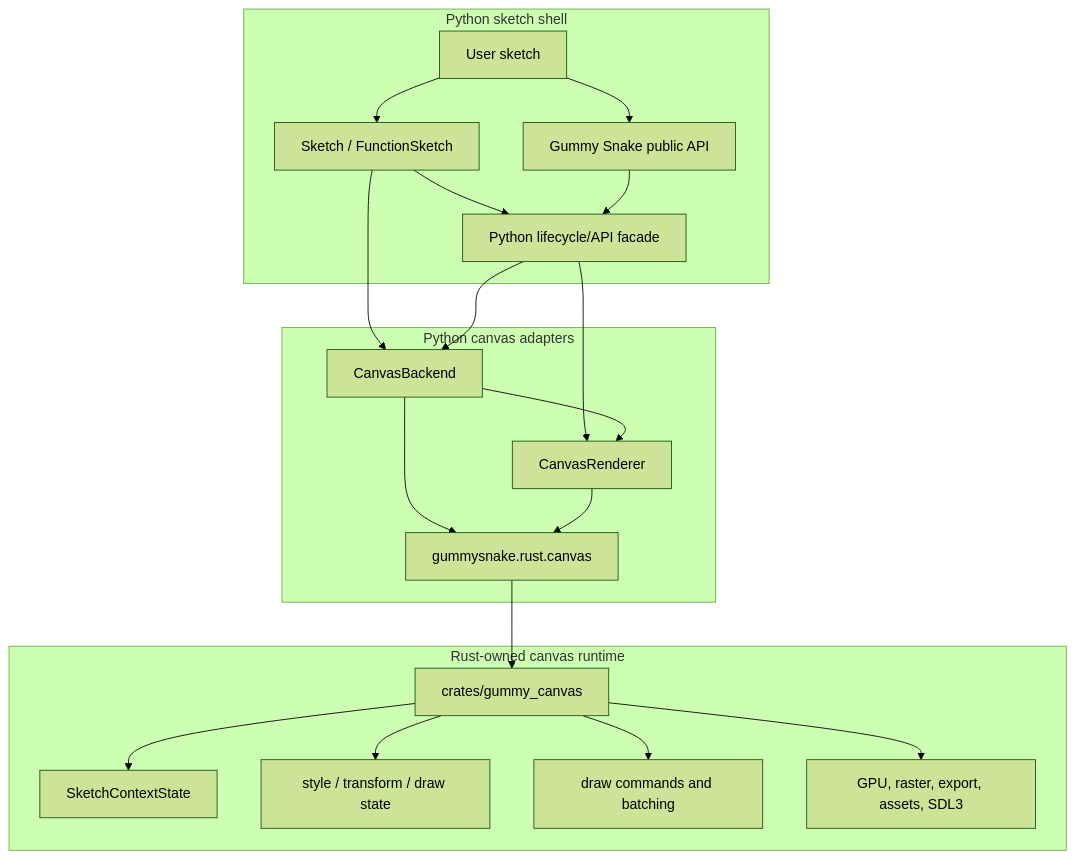
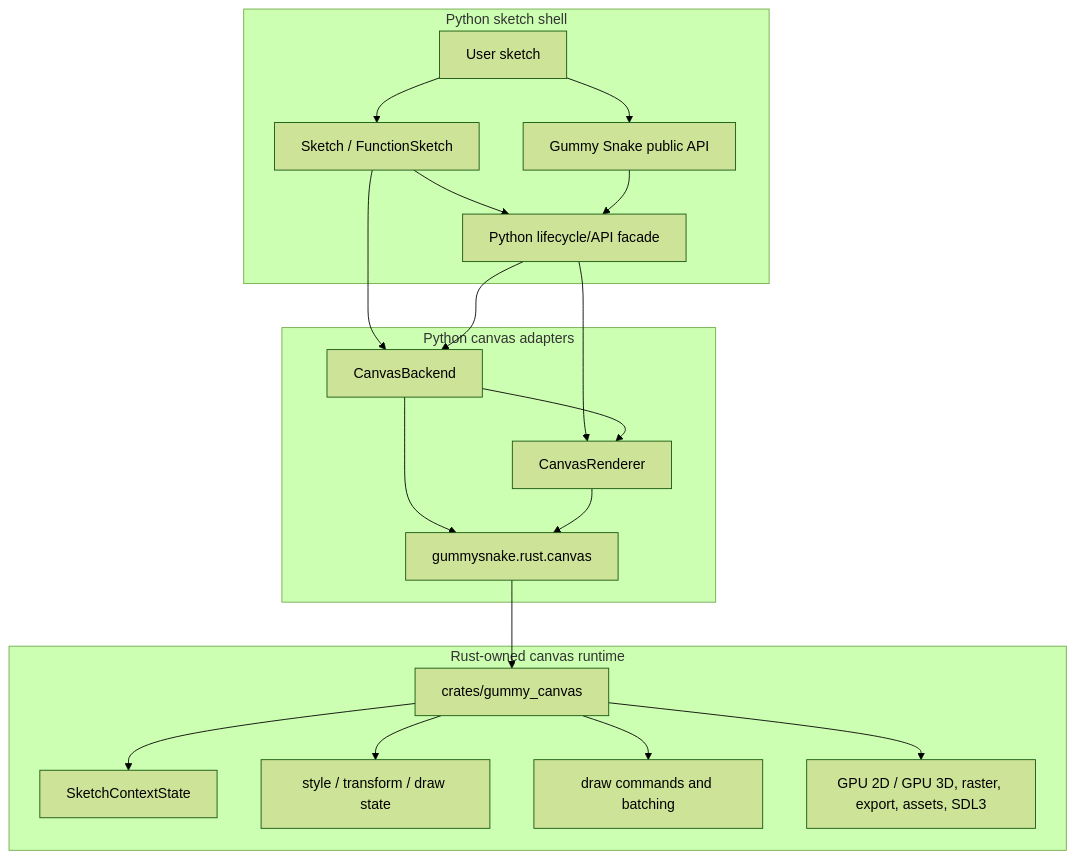
The diagram in docs/contribute/index.md (JonathanHHenson/gummy_snake), drawn with Mermaid (forest theme) before and after one commit. The commit also changed other lines of this file and 22 other files, not shown here.

````diff
--- a/docs/contribute/index.md
+++ b/docs/contribute/index.md
@@ -18,39 +18,39 @@
 ```mermaid
 flowchart TD
     subgraph Python["Python sketch shell"]
         User[User sketch]
         Sketch[Sketch / FunctionSketch]
         API[Gummy Snake public API]
         Facade[Python lifecycle/API facade]
     end
 
     subgraph Adapter["Python canvas adapters"]
         Backend[CanvasBackend]
         Renderer[CanvasRenderer]
         Wrapper[gummysnake.rust.canvas]
     end
 
     subgraph Rust["Rust-owned canvas runtime"]
         Crate[crates/gummy_canvas]
         ContextState[SketchContextState]
         DrawState[style / transform / draw state]
         Commands[draw commands and batching]
-        Rendering[GPU, raster, export, assets, SDL3]
+        Rendering[GPU 2D / GPU 3D, raster, export, assets, SDL3]
     end
 
     User --> Sketch
     User --> API
     Sketch --> Backend
     Sketch --> Facade
     API --> Facade
     Facade --> Backend
     Facade --> Renderer
     Backend --> Renderer
     Backend --> Wrapper
     Renderer --> Wrapper
     Wrapper --> Crate
     Crate --> ContextState
     Crate --> DrawState
     Crate --> Commands
     Crate --> Rendering
 ```
````
